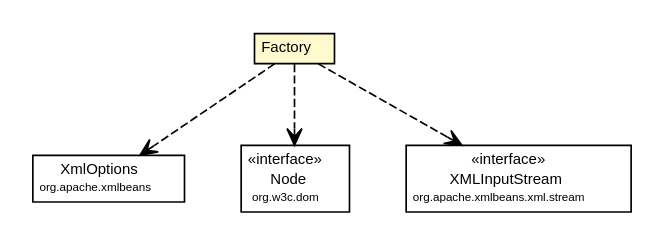
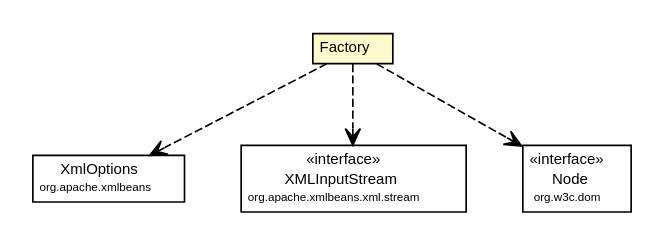
Before and after one commit to synchronoss/cpo-util: the diagram in site/apidocs/org/synchronoss/cpo/util/cpoUtilConfig/CtProtectedClasses.Factory.dot, drawn with Graphviz. The commit also changed 301 other files, not shown here.

Commit message:
Creating site for cpoUtil, 5.1.1-SNAPSHOT

```diff
--- a/site/apidocs/org/synchronoss/cpo/util/cpoUtilConfig/CtProtectedClasses.Factory.dot
+++ b/site/apidocs/org/synchronoss/cpo/util/cpoUtilConfig/CtProtectedClasses.Factory.dot
@@ -1,45 +1,45 @@
 #!/usr/local/bin/dot
 #
 # Class diagram 
 # Generated by UmlGraph version 4.6 (http://www.spinellis.gr/sw/umlgraph)
 #
 
 digraph G {
 	edge [fontname="Helvetica",fontsize=10,labelfontname="Helvetica",labelfontsize=10];
 	node [fontname="Helvetica",fontsize=10,shape=plaintext];
 	// org.synchronoss.cpo.util.cpoUtilConfig.CtProtectedClasses.Factory
 	c5294 [label=<<table border="0" cellborder="1" cellspacing="0" cellpadding="2" port="p" bgcolor="lemonChiffon" href="./CtProtectedClasses.Factory.html">
 		<tr><td><table border="0" cellspacing="0" cellpadding="1">
 			<tr><td> Factory </td></tr>
 		</table></td></tr>
 		</table>>, fontname="Helvetica", fontcolor="black", fontsize=9.0];
 	// org.synchronoss.cpo.util.cpoUtilConfig.CtProtectedClasses.Factory DEPEND org.apache.xmlbeans.XmlOptions
 	c5294:p -> c5303:p [taillabel="", label="", headlabel="", fontname="Helvetica", fontcolor="black", fontsize=10.0, color="black", arrowhead=open, style=dashed];
+	// org.synchronoss.cpo.util.cpoUtilConfig.CtProtectedClasses.Factory DEPEND org.apache.xmlbeans.xml.stream.XMLInputStream
+	c5294:p -> c5304:p [taillabel="", label="", headlabel="", fontname="Helvetica", fontcolor="black", fontsize=10.0, color="black", arrowhead=open, style=dashed];
 	// org.synchronoss.cpo.util.cpoUtilConfig.CtProtectedClasses.Factory DEPEND org.w3c.dom.Node
-	c5294:p -> c5304:p [taillabel="", label="", headlabel="", fontname="Helvetica", fontcolor="black", fontsize=10.0, color="black", arrowhead=open, style=dashed];
-	// org.synchronoss.cpo.util.cpoUtilConfig.CtProtectedClasses.Factory DEPEND org.apache.xmlbeans.xml.stream.XMLInputStream
 	c5294:p -> c5305:p [taillabel="", label="", headlabel="", fontname="Helvetica", fontcolor="black", fontsize=10.0, color="black", arrowhead=open, style=dashed];
 	// org.apache.xmlbeans.xml.stream.XMLInputStream
-	c5305 [label=<<table border="0" cellborder="1" cellspacing="0" cellpadding="2" port="p" href="http://java.sun.com/j2se/1.4.2/docs/api/org/apache/xmlbeans/xml/stream/XMLInputStream.html">
+	c5304 [label=<<table border="0" cellborder="1" cellspacing="0" cellpadding="2" port="p" href="http://java.sun.com/j2se/1.4.2/docs/api/org/apache/xmlbeans/xml/stream/XMLInputStream.html">
 		<tr><td><table border="0" cellspacing="0" cellpadding="1">
 			<tr><td> &laquo;interface&raquo; </td></tr>
 			<tr><td> XMLInputStream </td></tr>
 			<tr><td><font point-size="7.0"> org.apache.xmlbeans.xml.stream </font></td></tr>
 		</table></td></tr>
 		</table>>, fontname="Helvetica", fontcolor="black", fontsize=9.0];
 	// org.w3c.dom.Node
-	c5304 [label=<<table border="0" cellborder="1" cellspacing="0" cellpadding="2" port="p" href="http://java.sun.com/j2se/1.4.2/docs/api/org/w3c/dom/Node.html">
+	c5305 [label=<<table border="0" cellborder="1" cellspacing="0" cellpadding="2" port="p" href="http://java.sun.com/j2se/1.4.2/docs/api/org/w3c/dom/Node.html">
 		<tr><td><table border="0" cellspacing="0" cellpadding="1">
 			<tr><td> &laquo;interface&raquo; </td></tr>
 			<tr><td> Node </td></tr>
 			<tr><td><font point-size="7.0"> org.w3c.dom </font></td></tr>
 		</table></td></tr>
 		</table>>, fontname="Helvetica", fontcolor="black", fontsize=9.0];
 	// org.apache.xmlbeans.XmlOptions
 	c5303 [label=<<table border="0" cellborder="1" cellspacing="0" cellpadding="2" port="p" href="http://java.sun.com/j2se/1.4.2/docs/api/org/apache/xmlbeans/XmlOptions.html">
 		<tr><td><table border="0" cellspacing="0" cellpadding="1">
 			<tr><td> XmlOptions </td></tr>
 			<tr><td><font point-size="7.0"> org.apache.xmlbeans </font></td></tr>
 		</table></td></tr>
 		</table>>, fontname="Helvetica", fontcolor="black", fontsize=9.0];
 }
```
